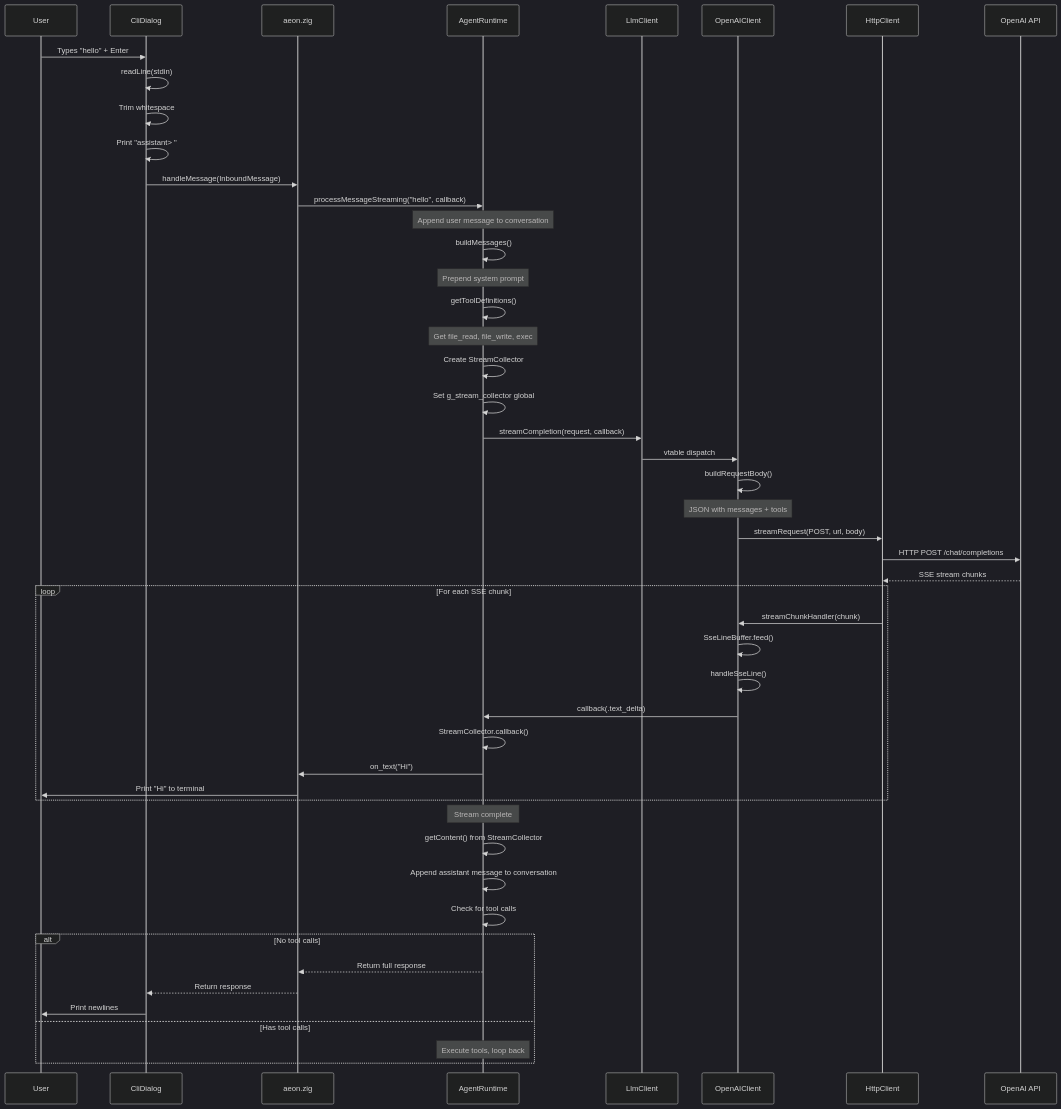
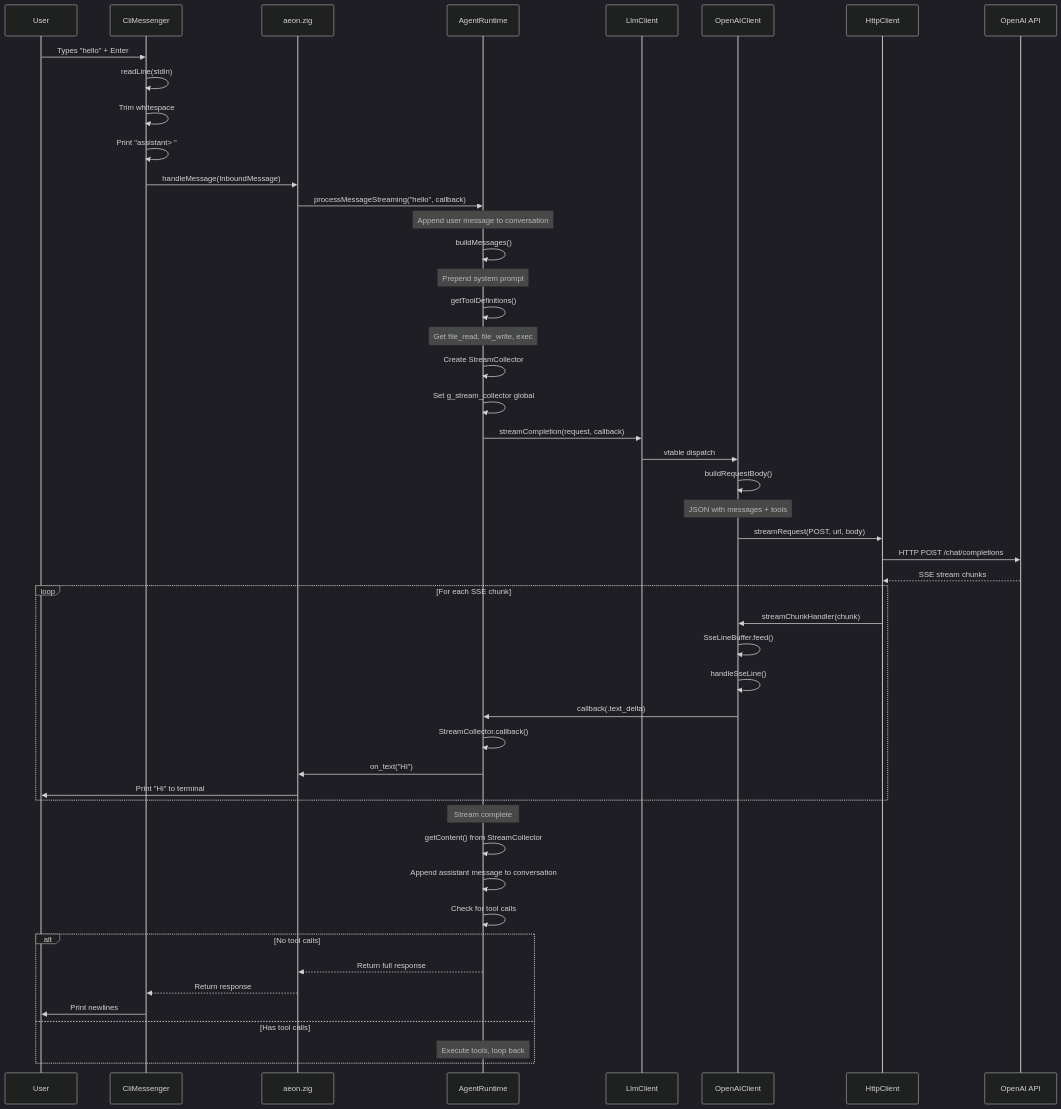
Before and after one commit to VM-development/aeon: the third of 7 diagrams in docs/ARCHITECTURE.md, drawn with Mermaid (dark theme). The commit also changed other lines of this file and 11 other files, not shown here.

Commit message:
feat: Refactor dialog system to messenger system; enhance skills loading and configuration handling

````diff
--- a/docs/ARCHITECTURE.md
+++ b/docs/ARCHITECTURE.md
@@ -179,64 +179,64 @@
 ```mermaid
 sequenceDiagram
     participant User
-    participant CliDialog
+    participant CliMessenger
     participant aeon.zig
     participant AgentRuntime
     participant LlmClient
     participant OpenAIClient
     participant HttpClient
     participant OpenAI API
 
-    User->>CliDialog: Types "hello" + Enter
-    CliDialog->>CliDialog: readLine(stdin)
-    CliDialog->>CliDialog: Trim whitespace
-    CliDialog->>CliDialog: Print "assistant> "
+    User->>CliMessenger: Types "hello" + Enter
+    CliMessenger->>CliMessenger: readLine(stdin)
+    CliMessenger->>CliMessenger: Trim whitespace
+    CliMessenger->>CliMessenger: Print "assistant> "
     
-    CliDialog->>aeon.zig: handleMessage(InboundMessage)
+    CliMessenger->>aeon.zig: handleMessage(InboundMessage)
     aeon.zig->>AgentRuntime: processMessageStreaming("hello", callback)
     
     Note over AgentRuntime: Append user message to conversation
     
     AgentRuntime->>AgentRuntime: buildMessages()
     Note over AgentRuntime: Prepend system prompt
     
     AgentRuntime->>AgentRuntime: getToolDefinitions()
     Note over AgentRuntime: Get file_read, file_write, exec
     
     AgentRuntime->>AgentRuntime: Create StreamCollector
     AgentRuntime->>AgentRuntime: Set g_stream_collector global
     
     AgentRuntime->>LlmClient: streamCompletion(request, callback)
     LlmClient->>OpenAIClient: vtable dispatch
     
     OpenAIClient->>OpenAIClient: buildRequestBody()
     Note over OpenAIClient: JSON with messages + tools
     
     OpenAIClient->>HttpClient: streamRequest(POST, url, body)
     HttpClient->>OpenAI API: HTTP POST /chat/completions
     
     OpenAI API-->>HttpClient: SSE stream chunks
     
     loop For each SSE chunk
         HttpClient->>OpenAIClient: streamChunkHandler(chunk)
         OpenAIClient->>OpenAIClient: SseLineBuffer.feed()
         OpenAIClient->>OpenAIClient: handleSseLine()
         OpenAIClient->>AgentRuntime: callback(.text_delta)
         AgentRuntime->>AgentRuntime: StreamCollector.callback()
         AgentRuntime->>aeon.zig: on_text("Hi")
         aeon.zig->>User: Print "Hi" to terminal
     end
     
     Note over AgentRuntime: Stream complete
     AgentRuntime->>AgentRuntime: getContent() from StreamCollector
     AgentRuntime->>AgentRuntime: Append assistant message to conversation
     AgentRuntime->>AgentRuntime: Check for tool calls
     
     alt No tool calls
         AgentRuntime-->>aeon.zig: Return full response
-        aeon.zig-->>CliDialog: Return response
-        CliDialog->>User: Print newlines
+        aeon.zig-->>CliMessenger: Return response
+        CliMessenger->>User: Print newlines
     else Has tool calls
         Note over AgentRuntime: Execute tools, loop back
     end
 ```
````
